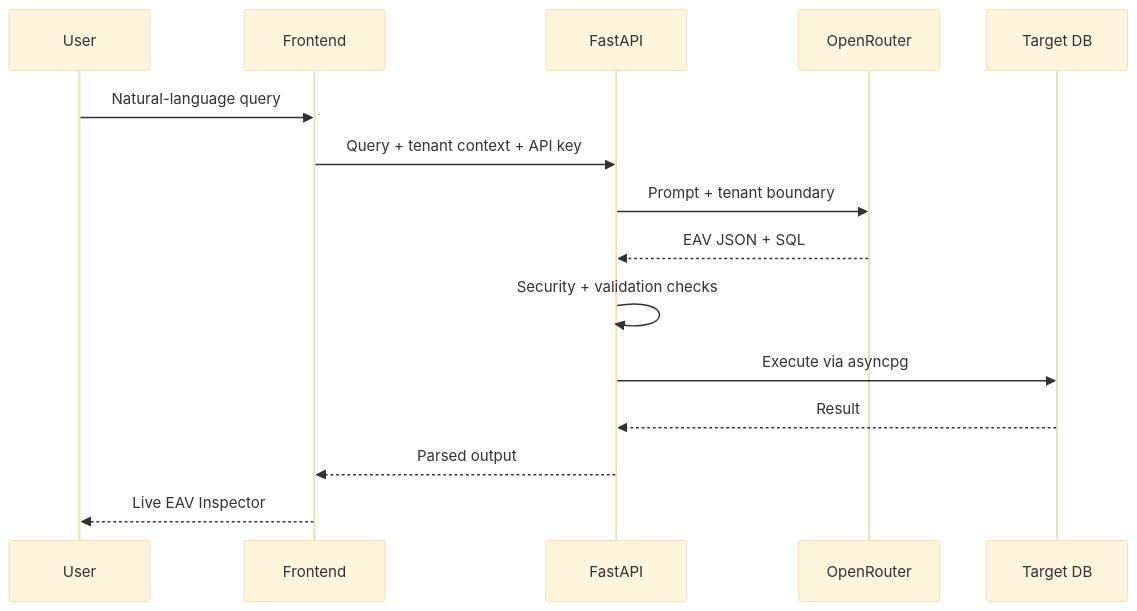
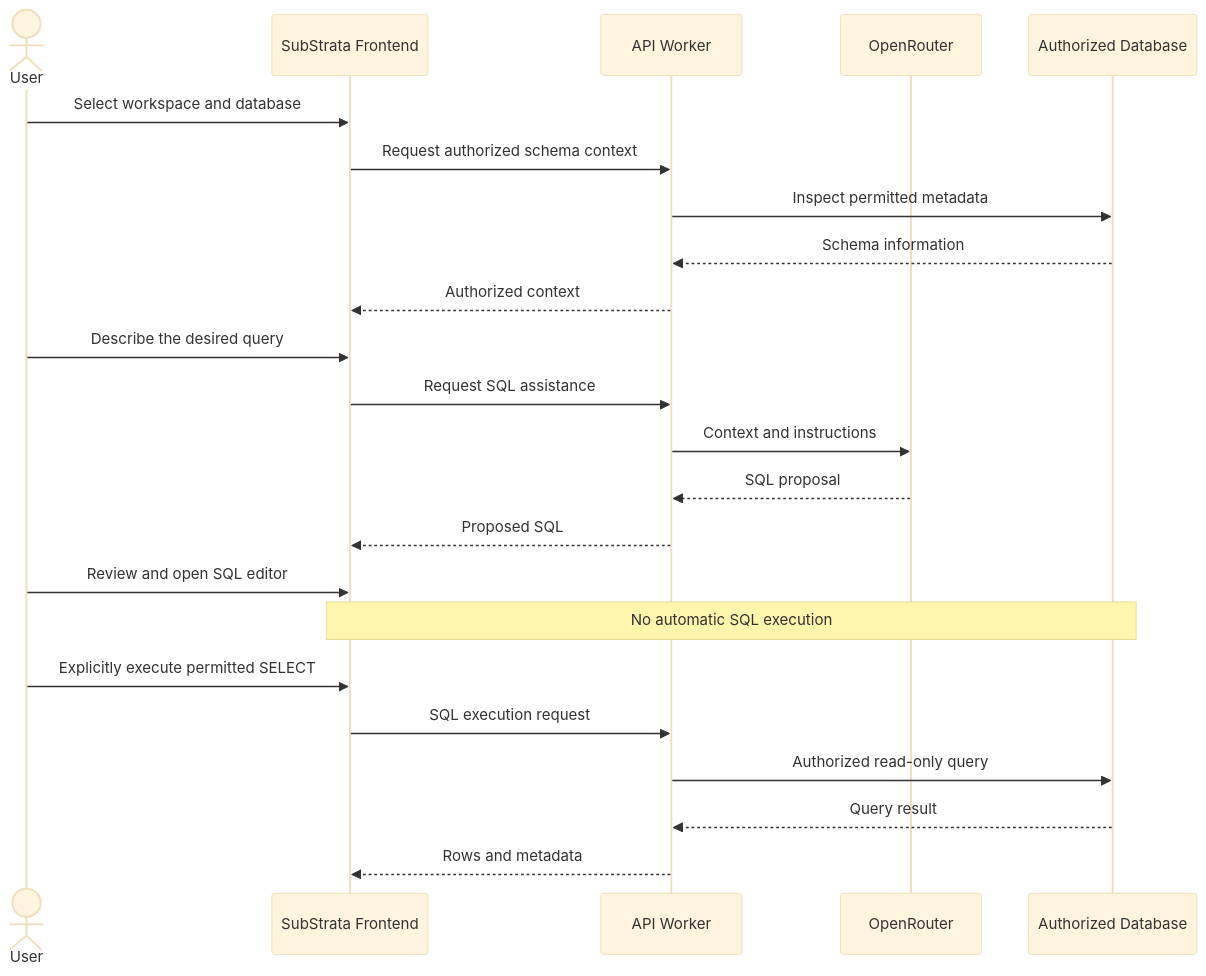
One commit to Adityaraj-Gupta-JI/SubStrata-Engine changed the second of 2 diagrams in README.md. Above: the diagram before and after it, drawn with Mermaid (base theme). The commit also changed other lines of this file, not shown here.

````diff
--- a/README.md
+++ b/README.md
@@ -174,18 +147,26 @@
 ```mermaid
 sequenceDiagram
-    participant U as User
-    participant F as Frontend
-    participant A as FastAPI
-    participant L as OpenRouter
-    participant D as Target DB
+    actor User
+    participant UI as SubStrata Frontend
+    participant API as API Worker
+    participant AI as OpenRouter
+    participant DB as Authorized Database
 
-    U->>F: Natural-language query
-    F->>A: Query + tenant context + API key
-    A->>L: Prompt + tenant boundary
-    L-->>A: EAV JSON + SQL
-    A->>A: Security + validation checks
-    A->>D: Execute via asyncpg
-    D-->>A: Result
-    A-->>F: Parsed output
-    F-->>U: Live EAV Inspector
+    User->>UI: Select workspace and database
+    UI->>API: Request authorized schema context
+    API->>DB: Inspect permitted metadata
+    DB-->>API: Schema information
+    API-->>UI: Authorized context
+    User->>UI: Describe the desired query
+    UI->>API: Request SQL assistance
+    API->>AI: Context and instructions
+    AI-->>API: SQL proposal
+    API-->>UI: Proposed SQL
+    User->>UI: Review and open SQL editor
+    Note over UI,DB: No automatic SQL execution
+    User->>UI: Explicitly execute permitted SELECT
+    UI->>API: SQL execution request
+    API->>DB: Authorized read-only query
+    DB-->>API: Query result
+    API-->>UI: Rows and metadata
 ```
````
